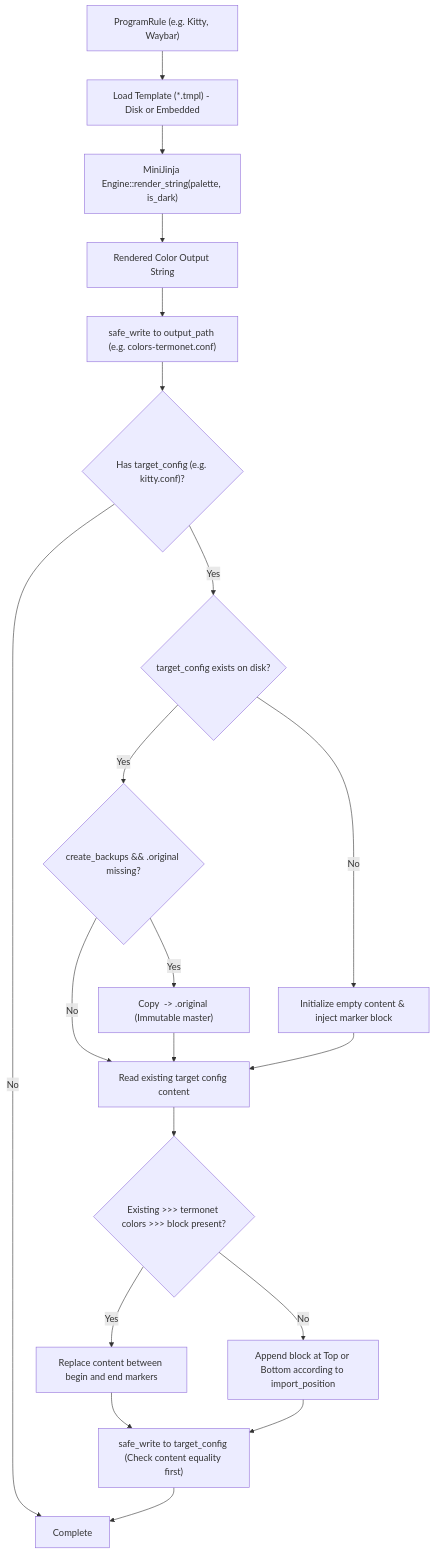
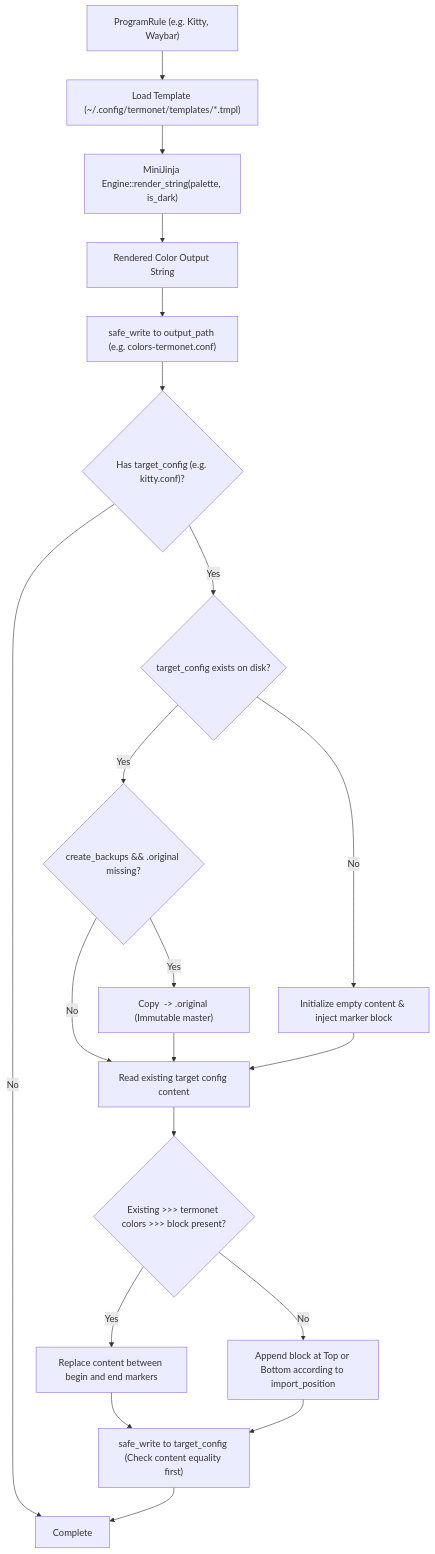
One commit to Denxrc/termonet changed the fifth of 7 diagrams in ARCHITECTURE.md. Above: the diagram before and after it, drawn with Mermaid. The commit also changed other lines of this file and 3 other files, not shown here.

````diff
--- a/ARCHITECTURE.md
+++ b/ARCHITECTURE.md
@@ -357,28 +362,28 @@
 ```mermaid
 flowchart TD
-    Rule["ProgramRule (e.g. Kitty, Waybar)"] --> LoadTmpl["Load Template (*.tmpl) - Disk or Embedded"]
+    Rule["ProgramRule (e.g. Kitty, Waybar)"] --> LoadTmpl["Load Template (~/.config/termonet/templates/*.tmpl)"]
     LoadTmpl --> Jinja["MiniJinja Engine::render_string(palette, is_dark)"]
     Jinja --> Rendered["Rendered Color Output String"]
     
     Rendered --> WriteOut["safe_write to output_path (e.g. colors-termonet.conf)"]
     
     WriteOut --> Target{"Has target_config (e.g. kitty.conf)?"}
     Target -- No --> Done["Complete"]
     Target -- Yes --> Exists{"target_config exists on disk?"}
     
     Exists -- No --> CreateNew["Initialize empty content & inject marker block"]
     Exists -- Yes --> CheckMaster{"create_backups && <file>.original missing?"}
     
     CheckMaster -- Yes --> CreateMaster["Copy <file> -> <file>.original (Immutable master)"]
     CheckMaster -- No --> ReadOrig["Read existing target config content"]
     CreateMaster --> ReadOrig
     CreateNew --> ReadOrig
     
     ReadOrig --> ParseMarkers{"Existing >>> termonet colors >>> block present?"}
     ParseMarkers -- Yes --> ReplaceBlock["Replace content between begin and end markers"]
     ParseMarkers -- No --> InjectNew["Append block at Top or Bottom according to import_position"]
     
     ReplaceBlock --> SafeWriteTarget["safe_write to target_config (Check content equality first)"]
     InjectNew --> SafeWriteTarget
     SafeWriteTarget --> Done
 ```
````
